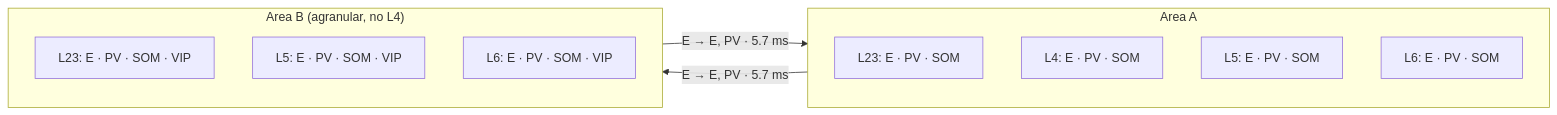
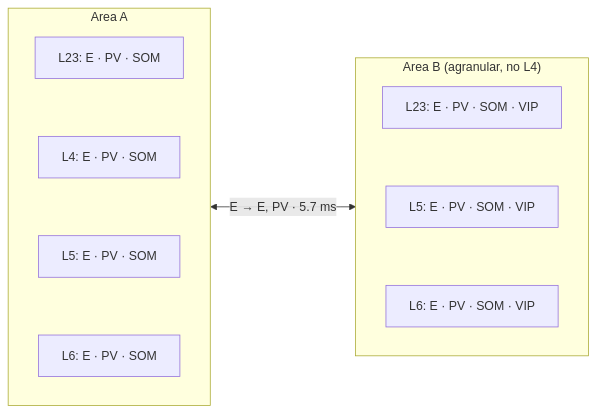
One commit to shimoura/microcircuit-lab changed the diagram in builders/toy_two_areas/README.md. Above: the diagram before and after it, drawn with Mermaid. The commit also changed 7 other files, not shown here.

````diff
--- a/builders/toy_two_areas/README.md
+++ b/builders/toy_two_areas/README.md
@@ -12,16 +12,19 @@
 ```mermaid
 flowchart LR
   subgraph A["Area A"]
+    direction TB
     A23["L23: E · PV · SOM"]
     A4["L4: E · PV · SOM"]
     A5["L5: E · PV · SOM"]
     A6["L6: E · PV · SOM"]
+    A23 ~~~ A4 ~~~ A5 ~~~ A6
   end
   subgraph B["Area B (agranular, no L4)"]
+    direction TB
     B23["L23: E · PV · SOM · VIP"]
     B5["L5: E · PV · SOM · VIP"]
     B6["L6: E · PV · SOM · VIP"]
+    B23 ~~~ B5 ~~~ B6
   end
-  A -- "E → E, PV · 5.7 ms" --> B
-  B -- "E → E, PV · 5.7 ms" --> A
+  A <-- "E → E, PV · 5.7 ms" --> B
 ```
````
